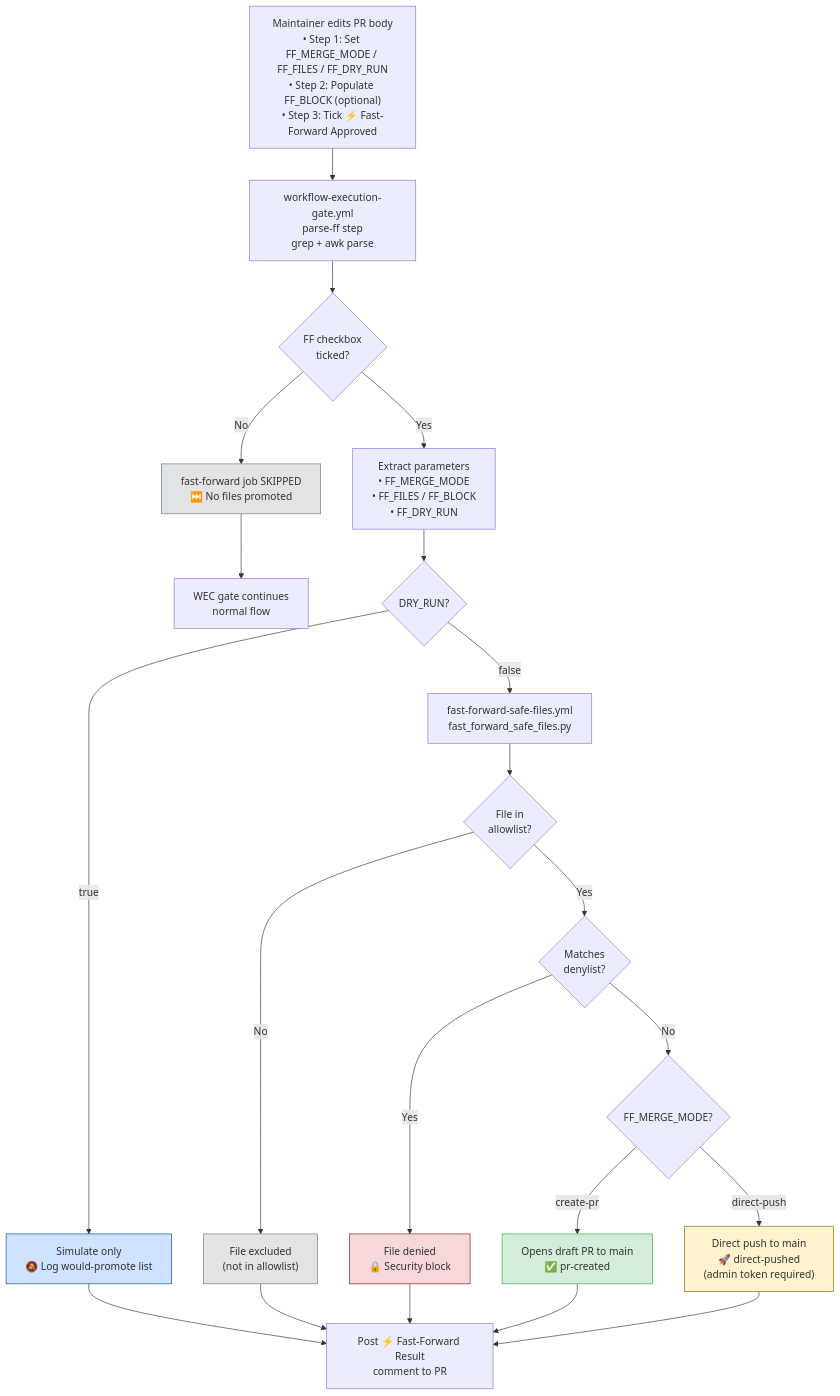
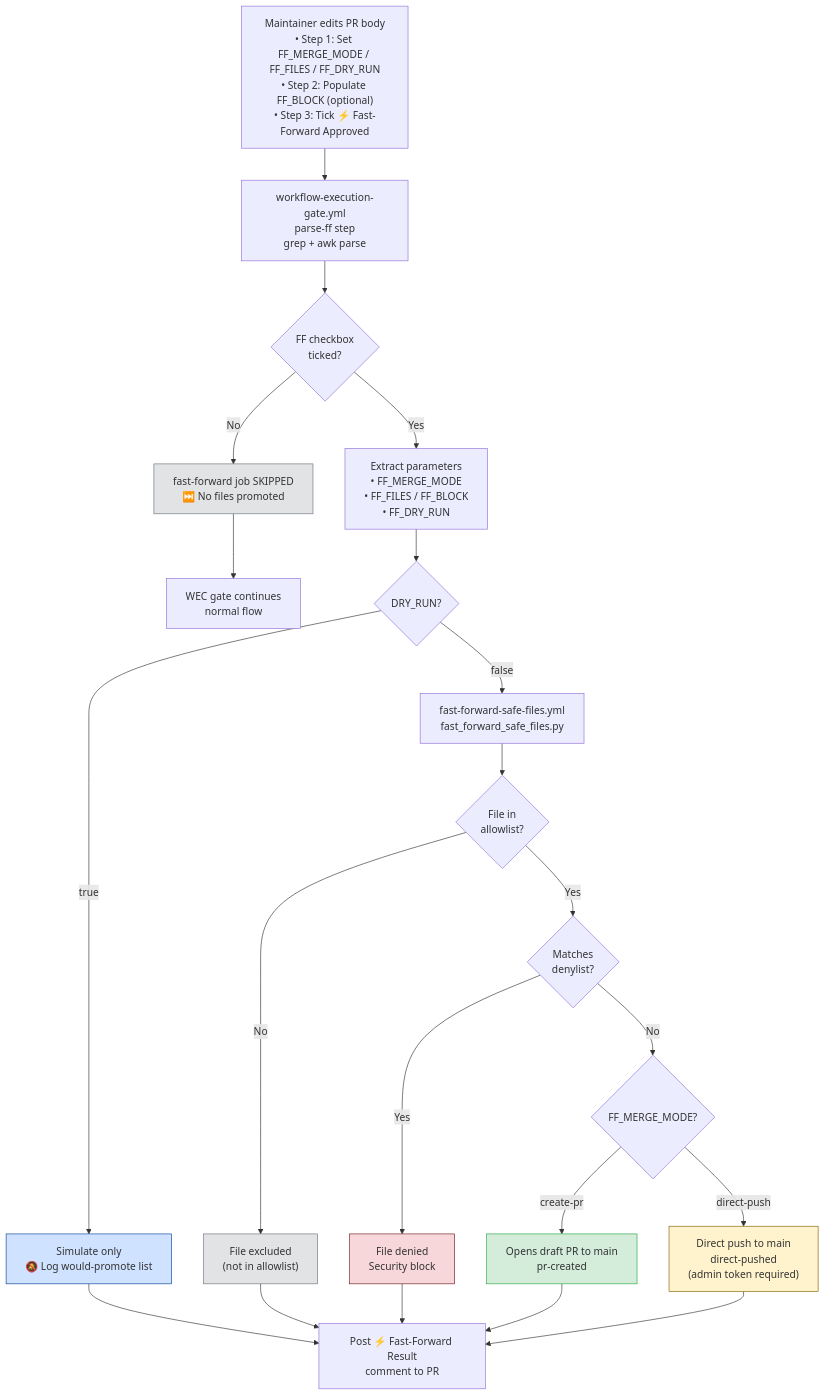
The eighth of 14 diagrams in docs/ci/PR_LIFECYCLE.md (Aries-Serpent/_codex_), drawn with Mermaid before and after one commit. The commit also changed other lines of this file and 2029 other files, not shown here.

````diff
--- a/docs/ci/PR_LIFECYCLE.md
+++ b/docs/ci/PR_LIFECYCLE.md
@@ -2027,37 +2029,37 @@
 ```mermaid
 %%{init: {'accessibility': {'title': 'Flowchart showing "Maintainer edits PR body\n• Step 1: Set FF_MERGE_MODE / FF_FILES / FF_DRY_RUN\n• Step 2: Populate FF_BLOCK (optional)\n• Step 3: Tick ⚡ Fast-Forward Approved", "workflow-execution-gate.yml\nparse-ff step\ngrep + awk parse"'}}%%
 flowchart TD
     PR_EDIT["Maintainer edits PR body\n• Step 1: Set FF_MERGE_MODE / FF_FILES / FF_DRY_RUN\n• Step 2: Populate FF_BLOCK (optional)\n• Step 3: Tick ⚡ Fast-Forward Approved"]
     PR_EDIT --> WEC["workflow-execution-gate.yml\nparse-ff step\ngrep + awk parse"]
 
     WEC --> FFCHECK{FF checkbox\nticked?}
     FFCHECK -->|No| SKIP_FF["fast-forward job SKIPPED\n⏭️ No files promoted"]
     FFCHECK -->|Yes| PARSE["Extract parameters\n• FF_MERGE_MODE\n• FF_FILES / FF_BLOCK\n• FF_DRY_RUN"]
 
     PARSE --> DRY{DRY_RUN?}
     DRY -->|true| DRY_OUT["Simulate only\n🔕 Log would-promote list"]
     DRY -->|false| FF_JOB["fast-forward-safe-files.yml\nfast_forward_safe_files.py"]
 
     FF_JOB --> ALLOWED{File in\nallowlist?}
     ALLOWED -->|No| EXCLUDED["File excluded\n(not in allowlist)"]
     ALLOWED -->|Yes| DENYCHECK{Matches\ndenylist?}
-    DENYCHECK -->|Yes| DENIED["File denied\n🔒 Security block"]
+    DENYCHECK -->|Yes| DENIED["File denied\n Security block"]
     DENYCHECK -->|No| MERGE_MODE{FF_MERGE_MODE?}
 
-    MERGE_MODE -->|create-pr| PR_CREATED["Opens draft PR to main\n✅ pr-created"]
-    MERGE_MODE -->|direct-push| PUSH["Direct push to main\n🚀 direct-pushed\n(admin token required)"]
+    MERGE_MODE -->|create-pr| PR_CREATED["Opens draft PR to main\n pr-created"]
+    MERGE_MODE -->|direct-push| PUSH["Direct push to main\n direct-pushed\n(admin token required)"]
 
     PR_CREATED --> RESULT["Post ⚡ Fast-Forward Result\ncomment to PR\n<!-- wec-ff-result:PR# -->"]
     PUSH --> RESULT
     DRY_OUT --> RESULT
     EXCLUDED --> RESULT
     DENIED --> RESULT
     SKIP_FF --> END["WEC gate continues\nnormal flow"]
 
     style PR_CREATED fill:#d4edda,stroke:#28a745
     style PUSH fill:#fff3cd,stroke:#856404
     style DENIED fill:#f8d7da,stroke:#721c24
     style SKIP_FF fill:#e2e3e5,stroke:#6c757d
     style DRY_OUT fill:#cfe2ff,stroke:#084298
     style EXCLUDED fill:#e2e3e5,stroke:#6c757d
 ```
````
